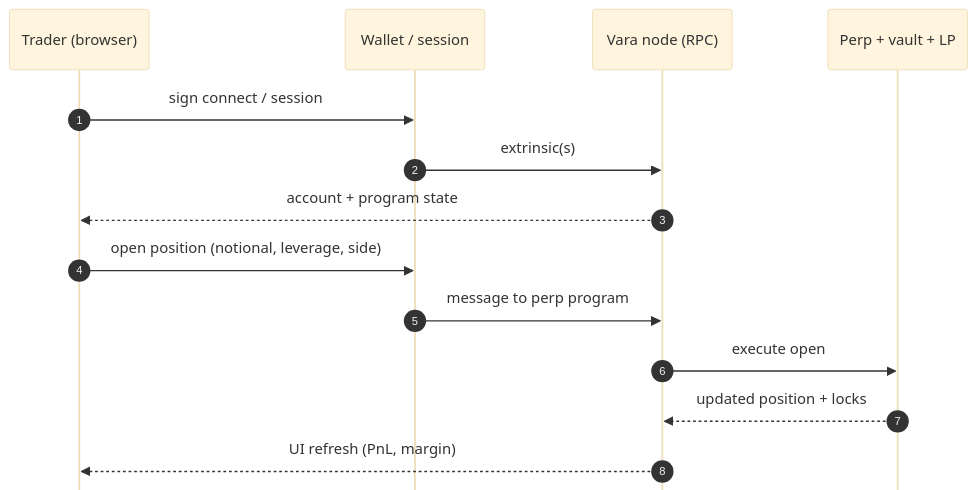
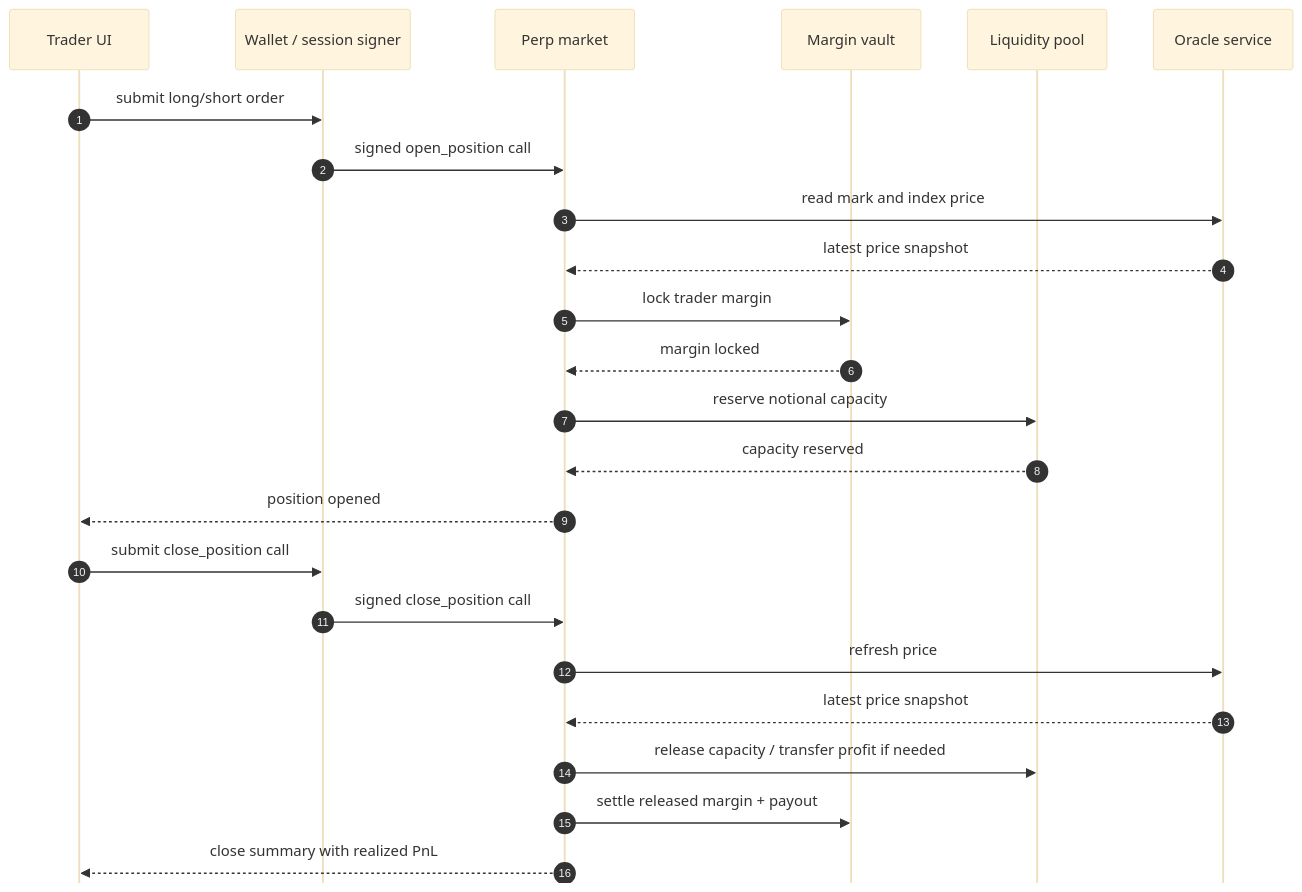
One commit to Adityaakr/varix-perps changed the fourth of 6 diagrams in README.md. Above: the diagram before and after it, drawn with Mermaid. The commit also changed other lines of this file, not shown here.

Commit message:
Rewrite README for product architecture

````diff
--- a/README.md
+++ b/README.md
@@ -309,19 +295,28 @@
 ```mermaid
-%%{init: { "theme": "base", "sequence": { "mirrorActors": false } }}%%
+%%{init: { "theme": "base", "sequence": { "mirrorActors": false, "showSequenceNumbers": true } }}%%
 sequenceDiagram
-  autonumber
-  participant U as Trader (browser)
-  participant W as Wallet / session
-  participant N as Vara node (RPC)
-  participant M as Perp + vault + LP
+  participant T as Trader UI
+  participant S as Wallet / session signer
+  participant M as Perp market
+  participant V as Margin vault
+  participant L as Liquidity pool
+  participant O as Oracle service
 
-  U->>W: sign connect / session
-  W->>N: extrinsic(s)
-  N-->>U: account + program state
+  T->>S: submit long/short order
+  S->>M: signed open_position call
+  M->>O: read mark and index price
+  O-->>M: latest price snapshot
+  M->>V: lock trader margin
+  V-->>M: margin locked
+  M->>L: reserve notional capacity
+  L-->>M: capacity reserved
+  M-->>T: position opened
 
-  U->>W: open position (notional, leverage, side)
-  W->>N: message to perp program
-  N->>M: execute open
-  M-->>N: updated position + locks
-  N-->>U: UI refresh (PnL, margin)
+  T->>S: submit close_position call
+  S->>M: signed close_position call
+  M->>O: refresh price
+  O-->>M: latest price snapshot
+  M->>L: release capacity / transfer profit if needed
+  M->>V: settle released margin + payout
+  M-->>T: close summary with realized PnL
 ```
````
